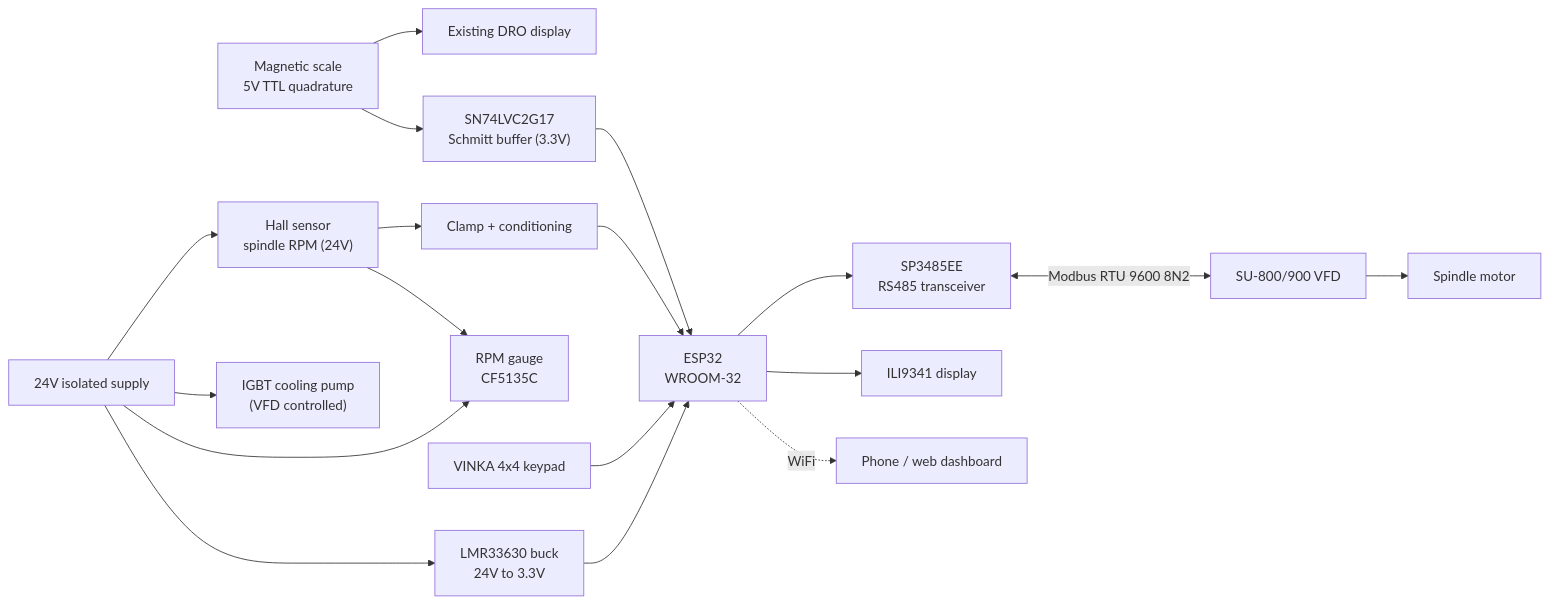
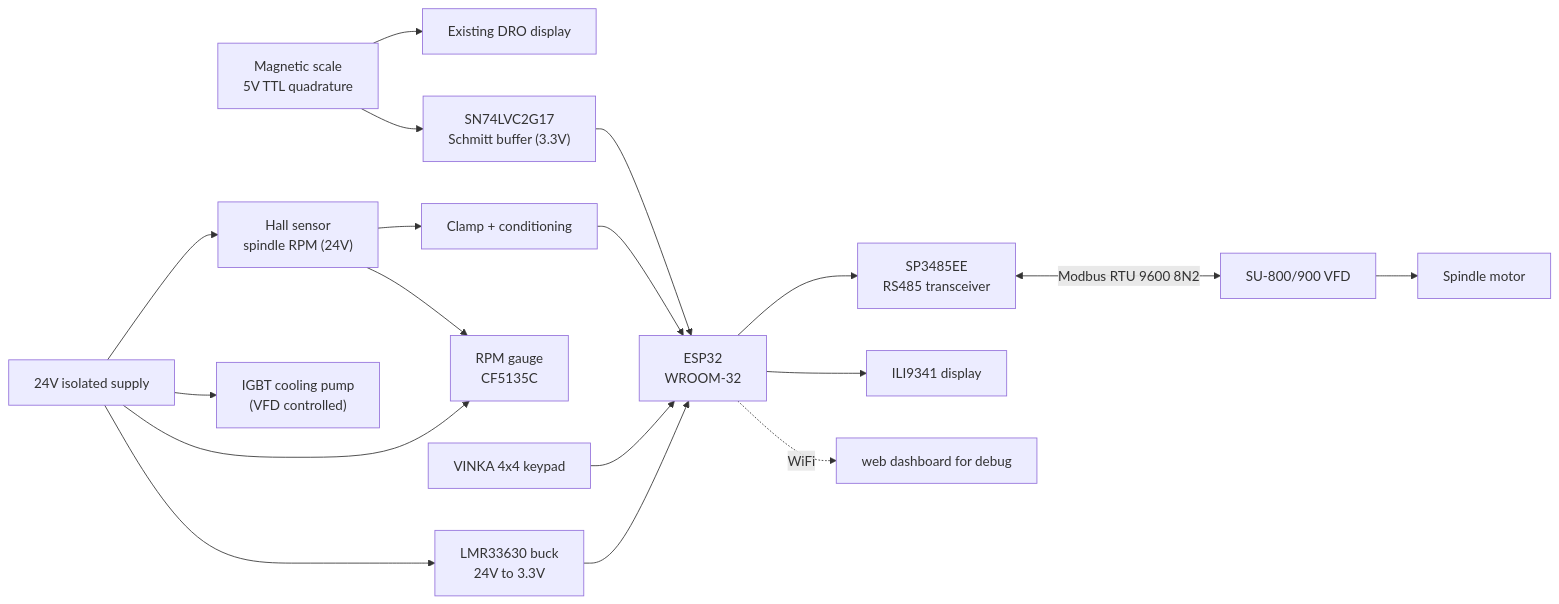
Before and after one commit to DreamMachine/constant-surface-speed: the diagram in README.md, drawn with Mermaid. The commit also changed other lines of this file, not shown here.

````diff
--- a/README.md
+++ b/README.md
@@ -34,24 +34,24 @@
 ```mermaid
 flowchart LR
     SCALE["Magnetic scale<br/>5V TTL quadrature"] --> DRO["Existing DRO display"]
     SCALE --> BUF["SN74LVC2G17<br/>Schmitt buffer (3.3V)"]
     BUF --> ESP["ESP32<br/>WROOM-32"]
 
     HALL["Hall sensor<br/>spindle RPM (24V)"] --> CLAMP["Clamp + conditioning"]
     CLAMP --> ESP
     HALL --> GAUGE["RPM gauge<br/>CF5135C"]
 
     ESP --> RS485["SP3485EE<br/>RS485 transceiver"]
     RS485 <-->|"Modbus RTU 9600 8N2"| VFD["SU-800/900 VFD"]
     VFD --> MOTOR["Spindle motor"]
 
     ESP --> DISP["ILI9341 display"]
     KEYPAD["VINKA 4x4 keypad"] --> ESP
-    ESP -.WiFi.-> PHONE["Phone / web dashboard"]
+    ESP -.WiFi.-> PHONE["web dashboard for debug"]
 
     PSU["24V isolated supply"] --> BUCK["LMR33630 buck<br/>24V to 3.3V"]
     BUCK --> ESP
     PSU --> HALL
     PSU --> GAUGE
     PSU --> PUMP["IGBT cooling pump<br/>(VFD controlled)"]
 ```
````
